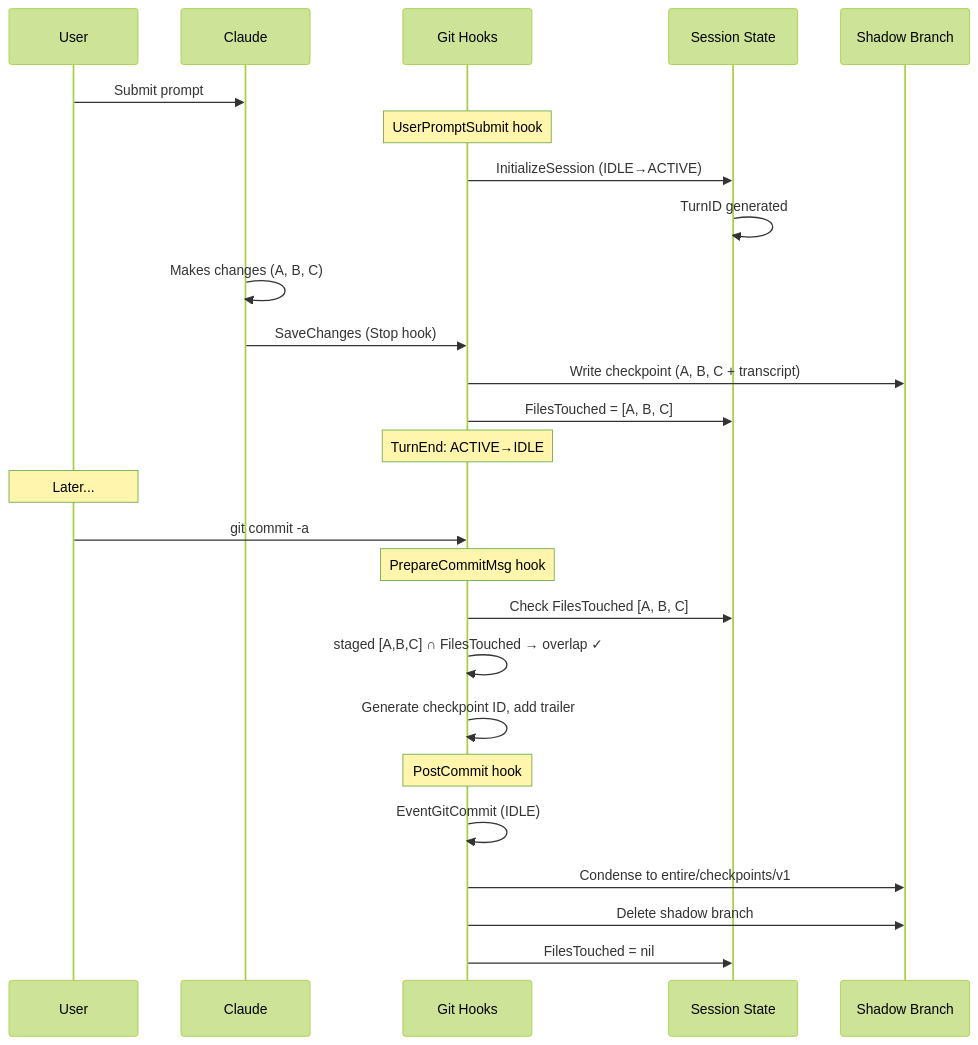
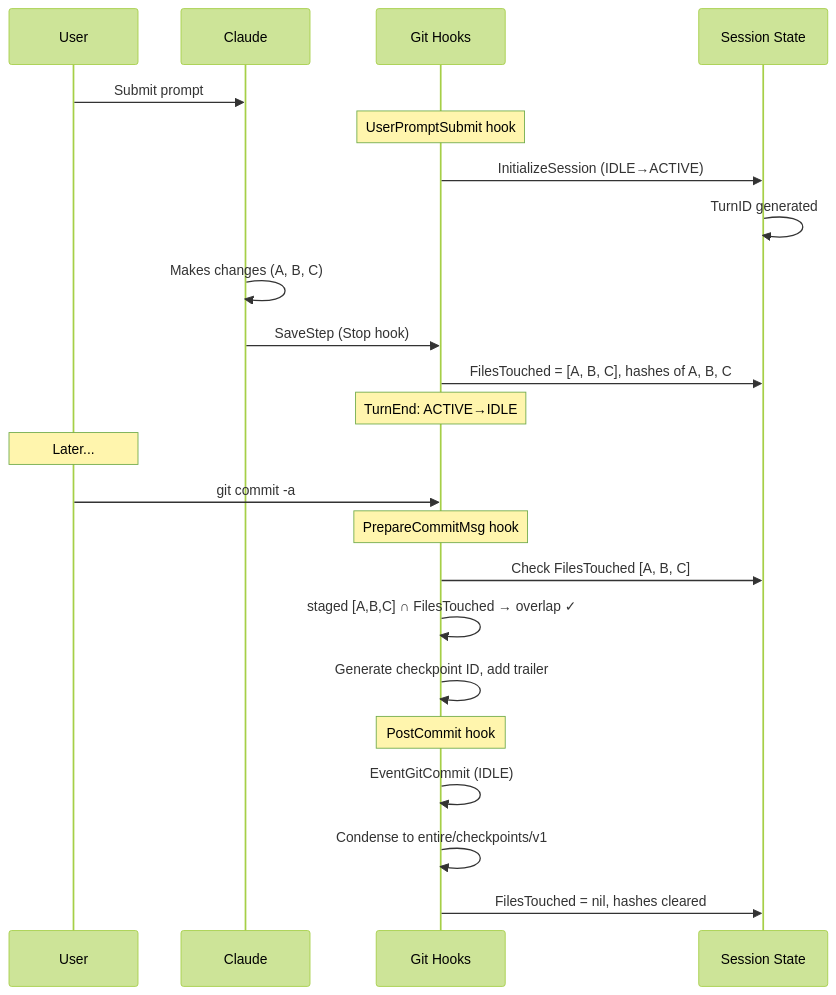
The second of 10 diagrams in docs/architecture/checkpoint-scenarios.md (entireio/cli), drawn with Mermaid (forest theme) before and after one commit. The commit also changed other lines of this file and 17 other files, not shown here.

````diff
--- a/docs/architecture/checkpoint-scenarios.md
+++ b/docs/architecture/checkpoint-scenarios.md
@@ -36,32 +35,29 @@
 ```mermaid
 sequenceDiagram
     participant U as User
     participant C as Claude
     participant G as Git Hooks
     participant S as Session State
-    participant SB as Shadow Branch
 
     U->>C: Submit prompt
     Note over G: UserPromptSubmit hook
     G->>S: InitializeSession (IDLE→ACTIVE)
     S->>S: TurnID generated
 
     C->>C: Makes changes (A, B, C)
-    C->>G: SaveChanges (Stop hook)
-    G->>SB: Write checkpoint (A, B, C + transcript)
-    G->>S: FilesTouched = [A, B, C]
+    C->>G: SaveStep (Stop hook)
+    G->>S: FilesTouched = [A, B, C], hashes of A, B, C
     Note over G: TurnEnd: ACTIVE→IDLE
 
     Note over U: Later...
     U->>G: git commit -a
     Note over G: PrepareCommitMsg hook
     G->>S: Check FilesTouched [A, B, C]
     G->>G: staged [A,B,C] ∩ FilesTouched → overlap ✓
     G->>G: Generate checkpoint ID, add trailer
 
     Note over G: PostCommit hook
     G->>G: EventGitCommit (IDLE)
-    G->>SB: Condense to entire/checkpoints/v1
-    G->>SB: Delete shadow branch
-    G->>S: FilesTouched = nil
+    G->>G: Condense to entire/checkpoints/v1
+    G->>S: FilesTouched = nil, hashes cleared
 ```
````
